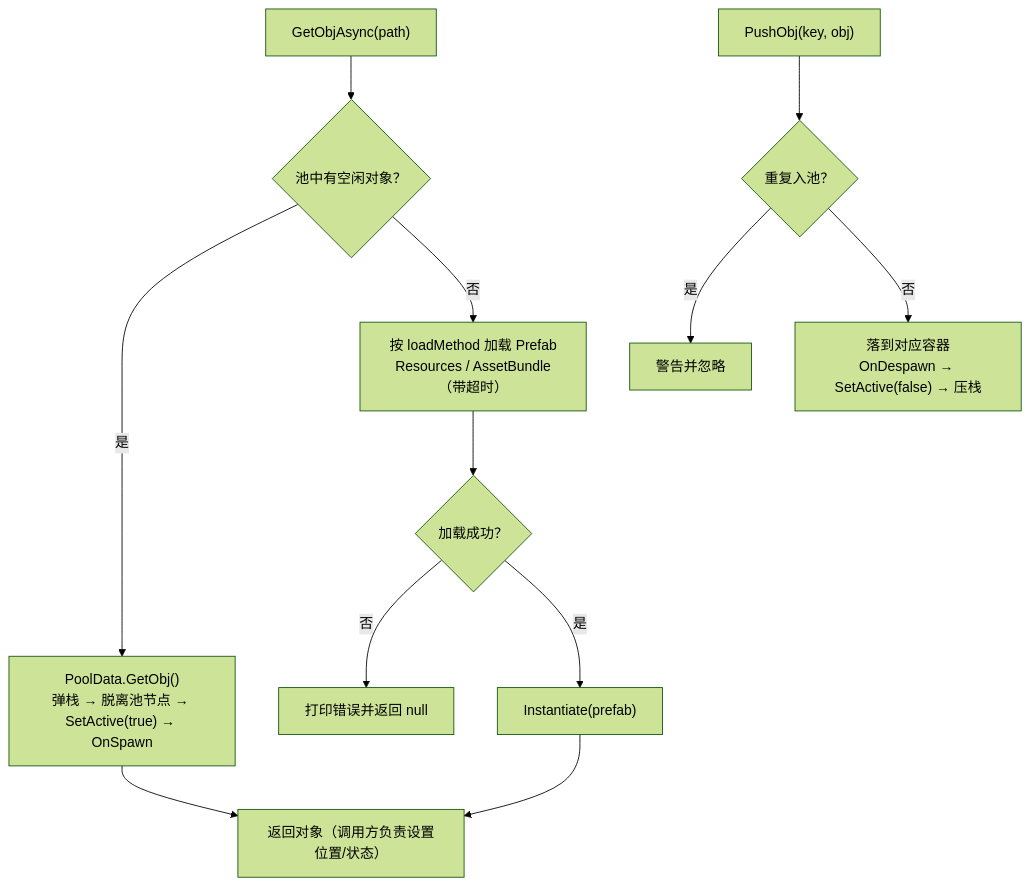
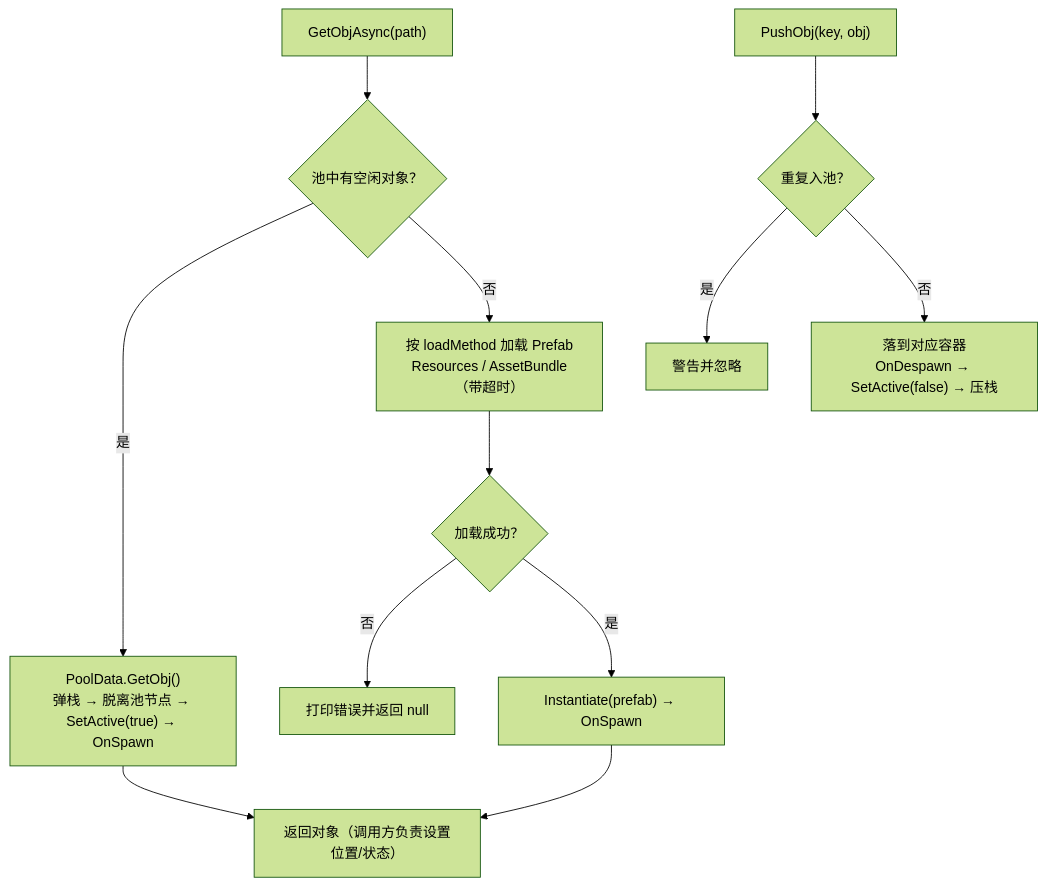
One commit to HJX-GitUser/UPandaFramework changed the diagram in Runtime/Manager/ObjPool/README.md. Above: the diagram before and after it, drawn with Mermaid (forest theme). The commit also changed other lines of this file and 23 other files, not shown here.

````diff
--- a/Runtime/Manager/ObjPool/README.md
+++ b/Runtime/Manager/ObjPool/README.md
@@ -38,14 +39,14 @@
 ```mermaid
 flowchart TD
     A["GetObjAsync(path)"] --> B{"池中有空闲对象？"}
     B -->|是| C["PoolData.GetObj()<br/>弹栈 → 脱离池节点 → SetActive(true) → OnSpawn"]
     B -->|否| D["按 loadMethod 加载 Prefab<br/>Resources / AssetBundle（带超时）"]
     D --> E{"加载成功？"}
     E -->|否| F["打印错误并返回 null"]
-    E -->|是| G["Instantiate(prefab)"]
+    E -->|是| G["Instantiate(prefab) → OnSpawn"]
     C --> H["返回对象（调用方负责设置位置/状态）"]
     G --> H
     I["PushObj(key, obj)"] --> J{"重复入池？"}
     J -->|是| K["警告并忽略"]
     J -->|否| L["落到对应容器<br/>OnDespawn → SetActive(false) → 压栈"]
 ```
````
